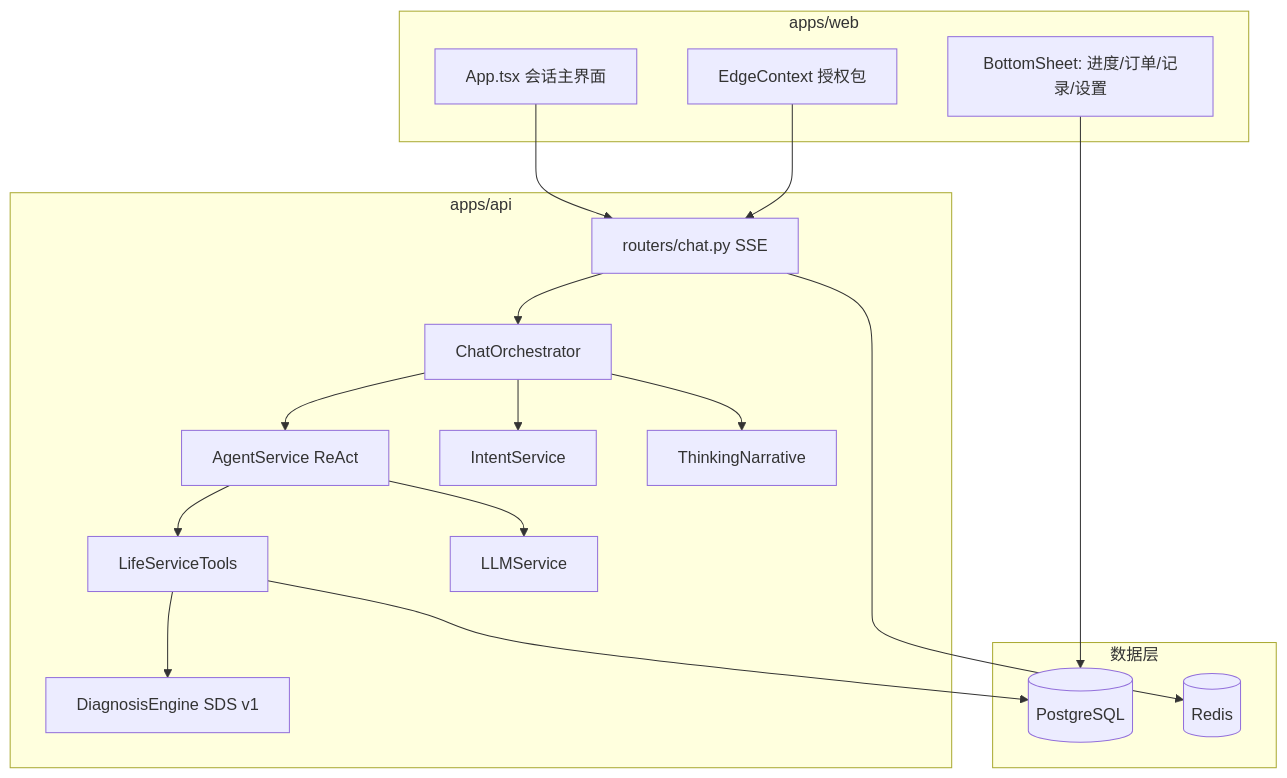
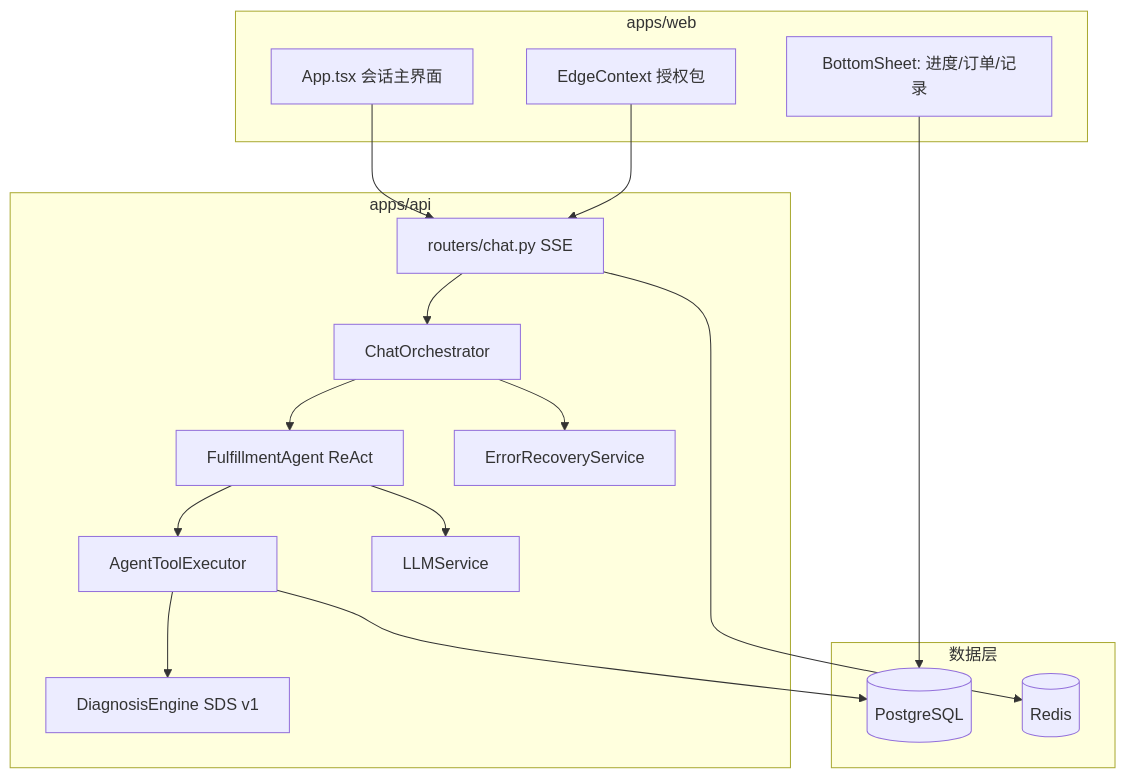
The first of 2 diagrams in docs/ARCHITECTURE.md (SheilahZ-2024/vibe_test), drawn with Mermaid before and after one commit. The commit also changed other lines of this file and 19 other files, not shown here.

First line of the commit message:
feat: search_knowledge tool, error recovery, reservation seed v6, docs refresh

````diff
--- a/docs/ARCHITECTURE.md
+++ b/docs/ARCHITECTURE.md
@@ -20,37 +20,35 @@
 ```mermaid
 flowchart TB
   subgraph client ["apps/web"]
     UI["App.tsx 会话主界面"]
-    Sheet["BottomSheet: 进度/订单/记录/设置"]
+    Sheet["BottomSheet: 进度/订单/记录"]
     Edge["EdgeContext 授权包"]
   end
 
   subgraph api ["apps/api"]
     Chat["routers/chat.py SSE"]
     Orch["ChatOrchestrator"]
-    Agent["AgentService ReAct"]
-    Tools["LifeServiceTools"]
+    Agent["FulfillmentAgent ReAct"]
+    Tools["AgentToolExecutor"]
     DX["DiagnosisEngine SDS v1"]
-    Intent["IntentService"]
-    Think["ThinkingNarrative"]
+    Recovery["ErrorRecoveryService"]
     LLM["LLMService"]
   end
 
   subgraph data ["数据层"]
     PG[("PostgreSQL")]
     RD[("Redis")]
   end
 
   UI --> Chat
   Edge --> Chat
   Chat --> Orch
-  Orch --> Intent
   Orch --> Agent
   Agent --> Tools
   Tools --> DX
   Agent --> LLM
-  Orch --> Think
+  Orch --> Recovery
   Tools --> PG
   Chat --> RD
   Sheet --> PG
 ```
````
